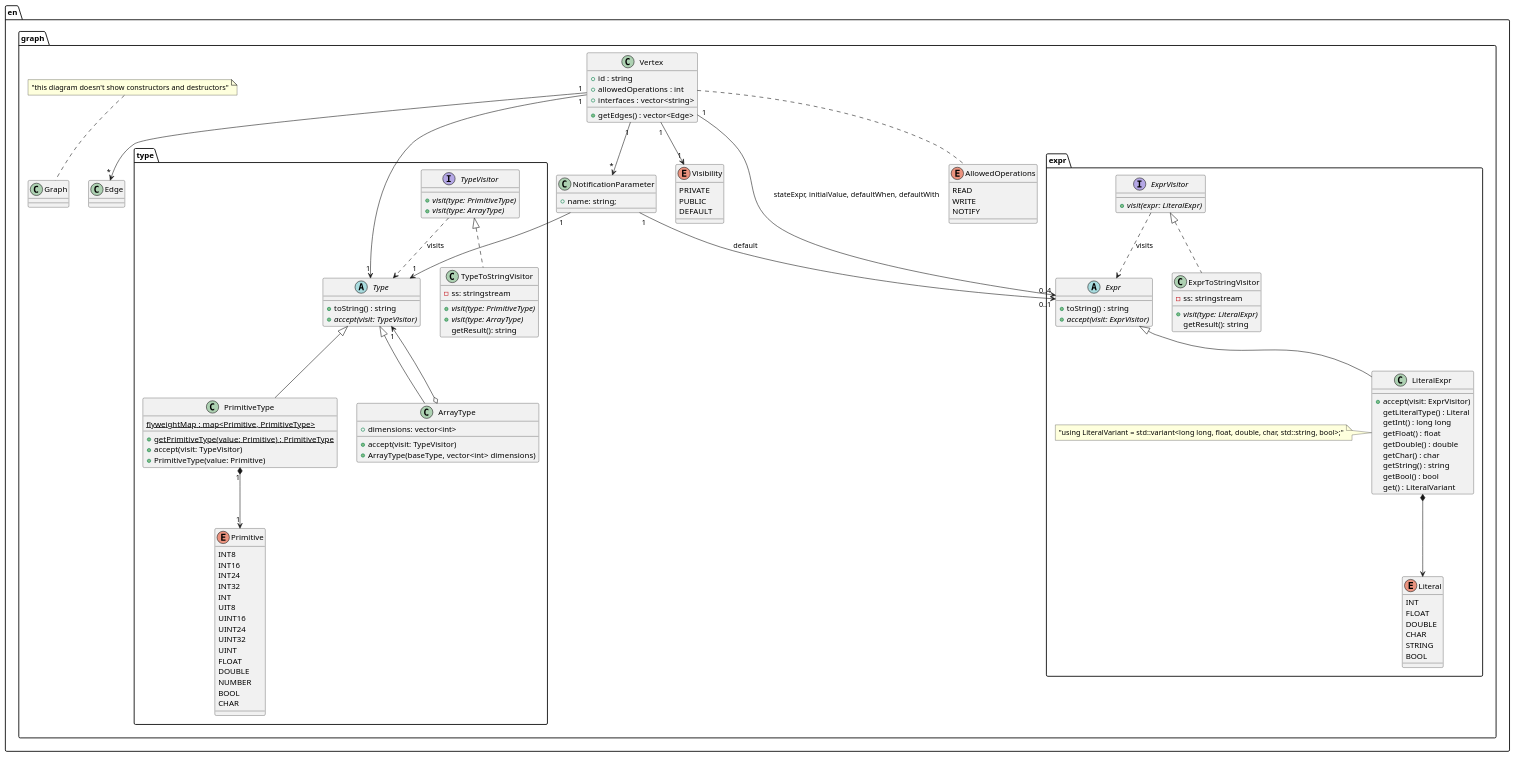
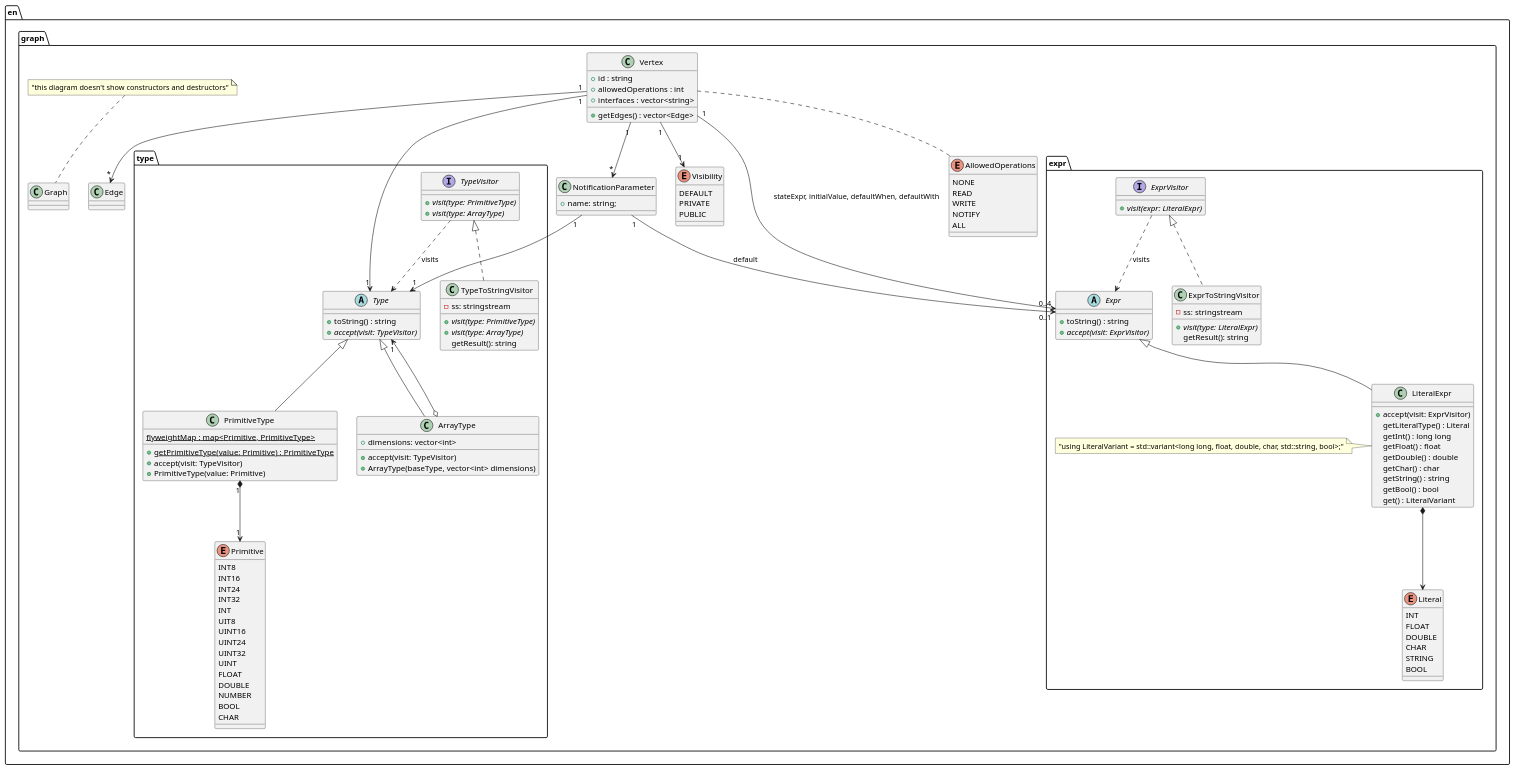
One commit to LucasEBSkora/Gnocchi changed the diagram in specification and models/ENGraphClassDiagram.puml. Above: the diagram before and after it, drawn with PlantUML. The commit also changed 5 other files, not shown here.

```diff
--- a/specification and models/ENGraphClassDiagram.puml
+++ b/specification and models/ENGraphClassDiagram.puml
@@ -1,153 +1,155 @@
 @startuml "class"
 
 package en {
 
   package graph {
 
     package type {
       abstract class Type {
         + toString() : string
         {abstract} + accept(visit: TypeVisitor)
       }
 
       class PrimitiveType extends Type {
         {static} flyweightMap : map<Primitive, PrimitiveType>
         {static} + getPrimitiveType(value: Primitive) : PrimitiveType
         + accept(visit: TypeVisitor)
         + PrimitiveType(value: Primitive)
       }
 
       PrimitiveType "1" *--> "1" Primitive
 
       enum Primitive {
         INT8
         INT16
         INT24
         INT32
         INT
         UIT8
         UINT16
         UINT24
         UINT32
         UINT
         FLOAT
         DOUBLE
         NUMBER
         BOOL
         CHAR
       }
 
       class ArrayType extends Type {
         + dimensions: vector<int>
         + accept(visit: TypeVisitor)
         + ArrayType(baseType, vector<int> dimensions)
       }
 
       ArrayType o--> "1" Type
 
       interface TypeVisitor {
         {abstract} + visit(type: PrimitiveType)
         {abstract} + visit(type: ArrayType)
       }
 
       TypeVisitor ..> Type : visits
 
       class TypeToStringVisitor implements TypeVisitor {
         - ss: stringstream
         {abstract} + visit(type: PrimitiveType)
         {abstract} + visit(type: ArrayType)
         getResult(): string
       }
 
     }
 
     package expr {
       abstract class Expr {
         +toString() : string
         {abstract} + accept(visit: ExprVisitor)
       }
 
       enum Literal {
         INT
         FLOAT
         DOUBLE
         CHAR
         STRING
         BOOL
       }
 
 
       class LiteralExpr extends Expr {
         + accept(visit: ExprVisitor)
         getLiteralType() : Literal
         getInt() : long long
         getFloat() : float
         getDouble() : double
         getChar() : char
         getString() : string
         getBool() : bool
         get() : LiteralVariant
       }
 
       LiteralExpr *--> Literal
 
       note left of LiteralExpr : "using LiteralVariant = std::variant<long long, float, double, char, std::string, bool>;"
 
       interface ExprVisitor {
         {abstract} + visit(expr: LiteralExpr)
       }
 
       ExprVisitor ..> Expr : visits
 
       class ExprToStringVisitor implements ExprVisitor {
         - ss: stringstream
         {abstract} + visit(type: LiteralExpr)
         getResult(): string
       }
 
     }
 
     enum Visibility
     {
+      DEFAULT
       PRIVATE
       PUBLIC
-      DEFAULT
     }
 
     class Graph
 
     enum AllowedOperations
     {
+      NONE
       READ
       WRITE
       NOTIFY
+      ALL
     }
 
     class Vertex {
       + id : string
       + allowedOperations : int
       + interfaces : vector<string>
       + getEdges() : vector<Edge>
     }
 
     Vertex "1" --> "1" Visibility
     Vertex "1" --> "1" type.Type
     Vertex "1" --> "*" NotificationParameter
     Vertex "1" --> "0..4" expr.Expr : stateExpr, initialValue, defaultWhen, defaultWith
     Vertex "1" --> "*" Edge
     Vertex .. AllowedOperations
 
     class Edge
 
     class NotificationParameter
     {
       + name: string;
     }
 
     NotificationParameter "1" --> "1" Type
     NotificationParameter "1" --> "0..1" Expr : default
 
     note top of Graph : "this diagram doesn't show constructors and destructors"
   }
 }
 @enduml
```
